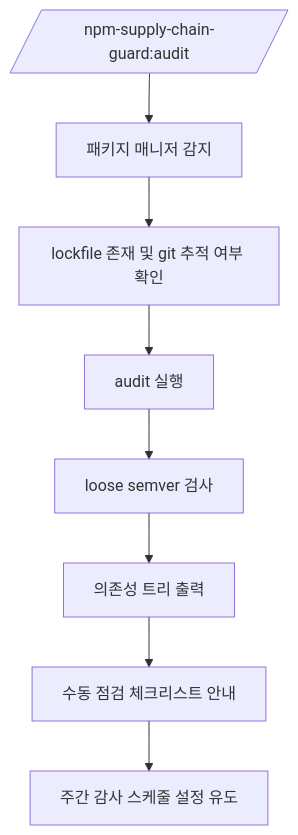
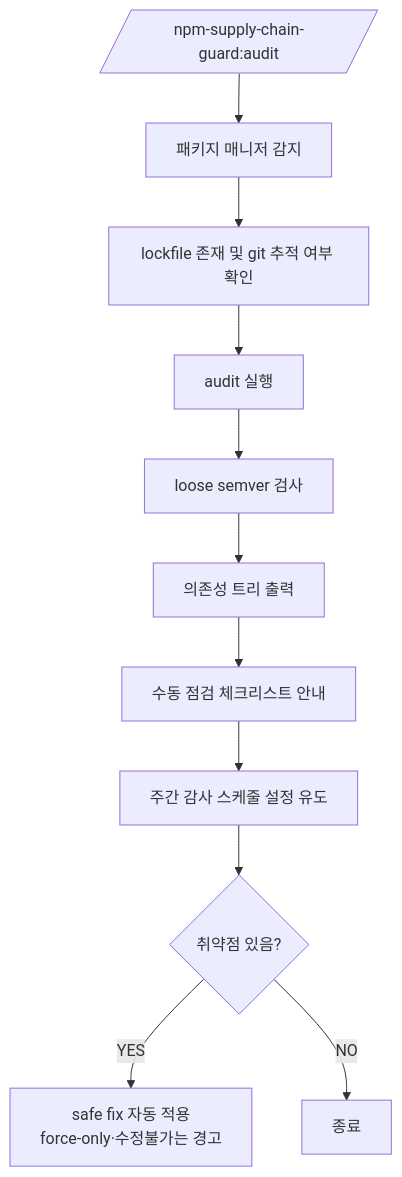
One commit to Yeonny0723/npm-supply-chain-guard changed the second of 2 diagrams in README.md. Above: the diagram before and after it, drawn with Mermaid. The commit also changed other lines of this file, not shown here.

Commit message:
docs(readme): add Step 8 remediation to audit flow diagram and feature list

````diff
--- a/README.md
+++ b/README.md
@@ -58,10 +59,13 @@
 ```mermaid
 flowchart TD
   A[/npm-supply-chain-guard:audit/] --> B[패키지 매니저 감지]
   B --> C[lockfile 존재 및 git 추적 여부 확인]
   C --> D[audit 실행]
   D --> E[loose semver 검사]
   E --> F[의존성 트리 출력]
   F --> G[수동 점검 체크리스트 안내]
   G --> H[주간 감사 스케줄 설정 유도]
+  H --> I{취약점 있음?}
+  I -->|YES| J[safe fix 자동 적용\nforce-only·수정불가는 경고]
+  I -->|NO| K[종료]
 ```
````
